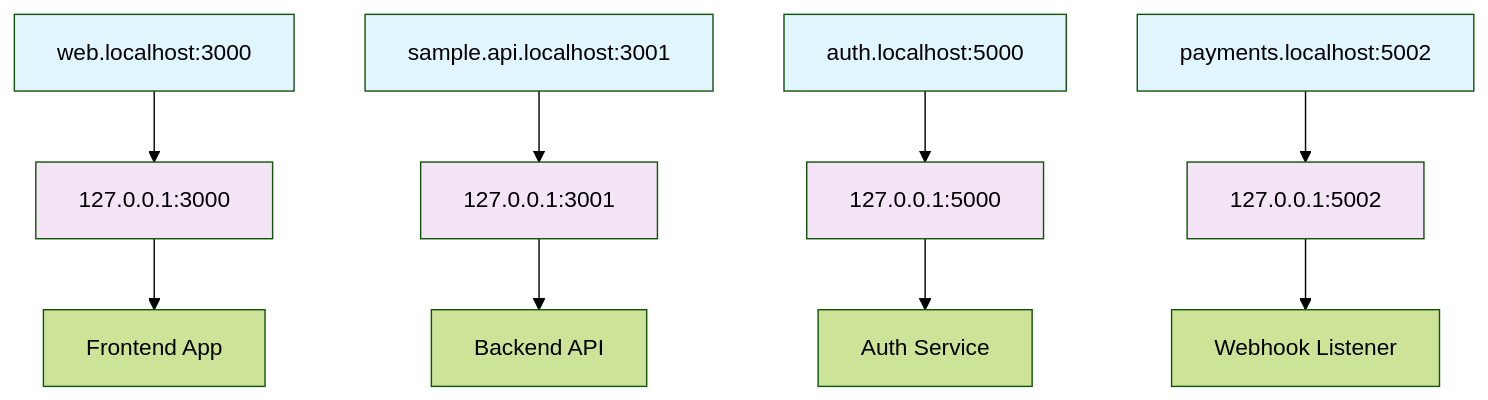
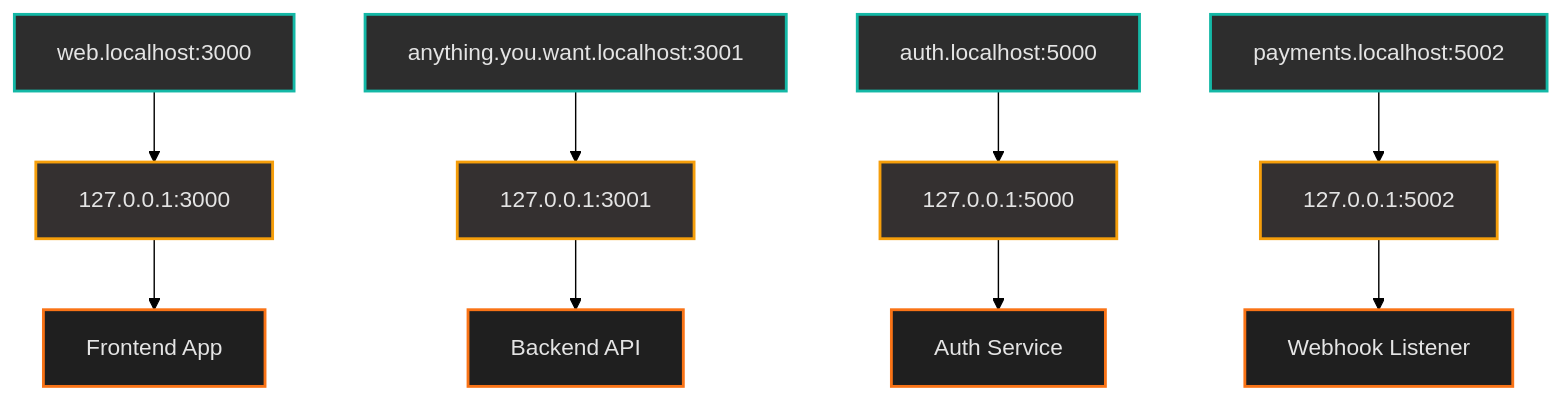
The first of 2 diagrams in _posts/2025-06-28-better-local-development-with-localhost-subdomains.md (ibnuh/ibnuh.github.io), drawn with Mermaid (forest theme) before and after one commit. The commit also changed other lines of this file and 2 other files, not shown here.

Commit message:
Proper mermaid

````diff
--- a/_posts/2025-06-28-better-local-development-with-localhost-subdomains.md
+++ b/_posts/2025-06-28-better-local-development-with-localhost-subdomains.md
@@ -17,21 +17,20 @@
 ```mermaid
 graph TD
     A[web.localhost:3000] --> B[127.0.0.1:3000]
-    C[sample.api.localhost:3001] --> D[127.0.0.1:3001]
+    C[anything.you.want.localhost:3001] --> D[127.0.0.1:3001]
     E[auth.localhost:5000] --> F[127.0.0.1:5000]
     G[payments.localhost:5002] --> H[127.0.0.1:5002]
     
     B --> I[Frontend App]
     D --> J[Backend API]
     F --> K[Auth Service]
     H --> L[Webhook Listener]
     
-    style A fill:#e1f5fe
-    style C fill:#e1f5fe
-    style E fill:#e1f5fe
-    style G fill:#e1f5fe
-    style B fill:#f3e5f5
-    style D fill:#f3e5f5
-    style F fill:#f3e5f5
-    style H fill:#f3e5f5
+    classDef domainNode fill:#2d2d2d,stroke:#14b8a6,stroke-width:2px,color:#e4e4e4
+    classDef ipNode fill:#343030,stroke:#f59e0b,stroke-width:2px,color:#e4e4e4
+    classDef serviceNode fill:#1f1f1f,stroke:#f97316,stroke-width:2px,color:#e4e4e4
+    
+    class A,C,E,G domainNode
+    class B,D,F,H ipNode
+    class I,J,K,L serviceNode
 ```
````
